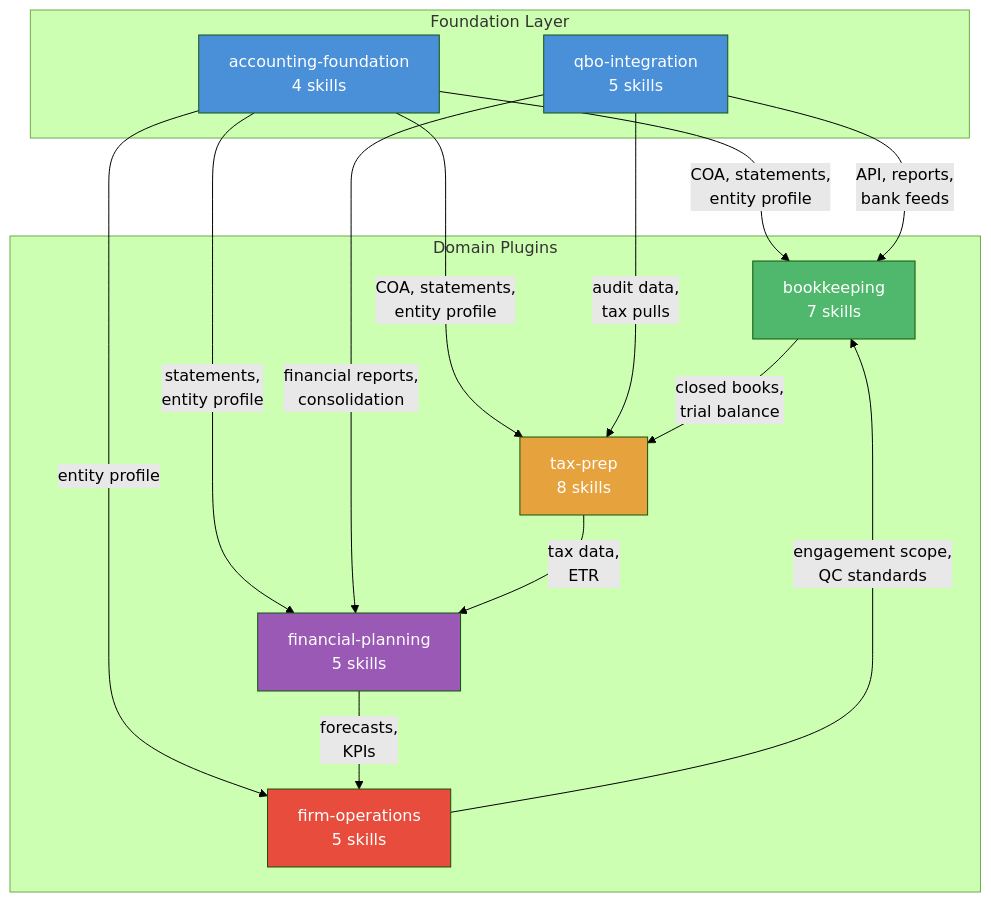
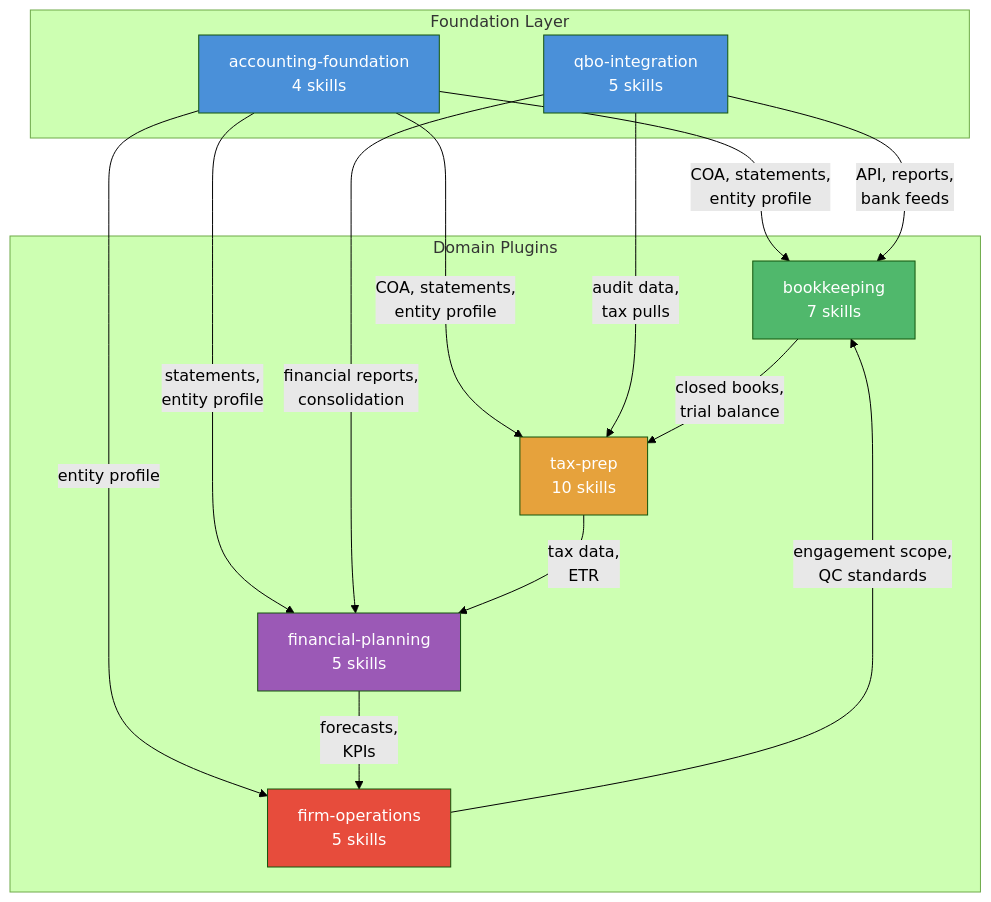
The first of 2 diagrams in README.md (AeyeOps/aeo-basis-plugin-marketplace), drawn with Mermaid (forest theme) before and after one commit. The commit also changed other lines of this file and 146 other files, not shown here.

````diff
--- a/README.md
+++ b/README.md
@@ -22,35 +22,35 @@
 ```mermaid
 graph TB
     subgraph "Foundation Layer"
         AF[accounting-foundation<br/>4 skills]
         QBO[qbo-integration<br/>5 skills]
     end
 
     subgraph "Domain Plugins"
         BK[bookkeeping<br/>7 skills]
-        TX[tax-prep<br/>8 skills]
+        TX[tax-prep<br/>10 skills]
         FP[financial-planning<br/>5 skills]
         OPS[firm-operations<br/>5 skills]
     end
 
     AF -->|COA, statements,<br/>entity profile| BK
     AF -->|COA, statements,<br/>entity profile| TX
     AF -->|statements,<br/>entity profile| FP
     AF -->|entity profile| OPS
 
     QBO -->|API, reports,<br/>bank feeds| BK
     QBO -->|audit data,<br/>tax pulls| TX
     QBO -->|financial reports,<br/>consolidation| FP
 
     BK -->|closed books,<br/>trial balance| TX
     TX -->|tax data,<br/>ETR| FP
     FP -->|forecasts,<br/>KPIs| OPS
     OPS -->|engagement scope,<br/>QC standards| BK
 
     style AF fill:#4a90d9,color:#fff
     style QBO fill:#4a90d9,color:#fff
     style BK fill:#50b86c,color:#fff
     style TX fill:#e6a23c,color:#fff
     style FP fill:#9b59b6,color:#fff
     style OPS fill:#e74c3c,color:#fff
 ```
````
